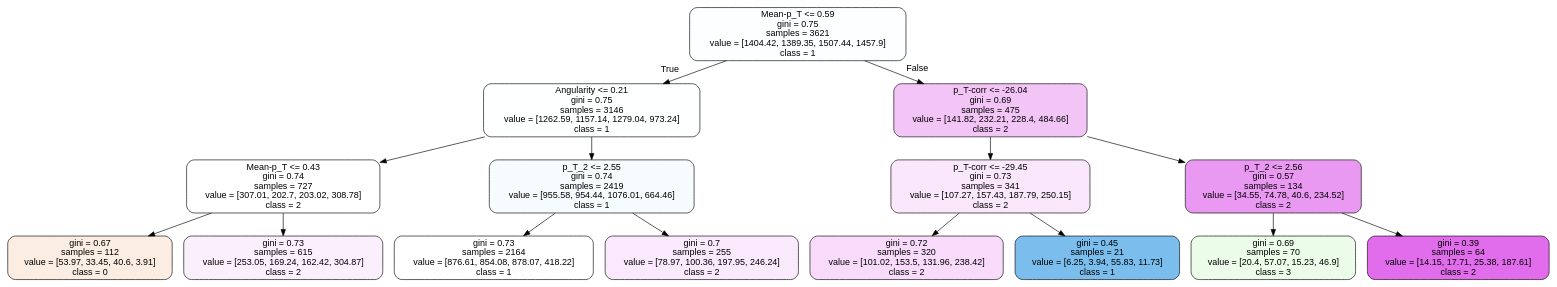
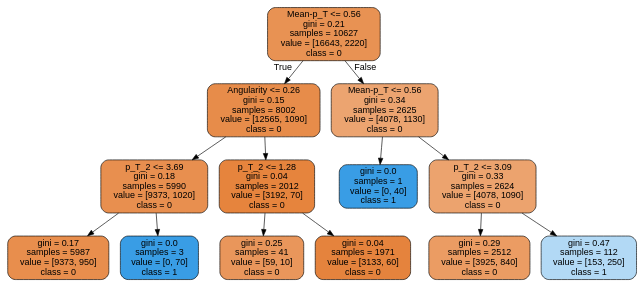
Before and after one commit to Steffanic/ML-Jet-BG-Subtraction: the diagram in Analysis_Code/ML/tree.dot, drawn with Graphviz. The commit also changed 2 other files, not shown here.

```diff
--- a/Analysis_Code/ML/tree.dot
+++ b/Analysis_Code/ML/tree.dot
@@ -1,33 +1,29 @@
 digraph Tree {
 node [shape=box, style="filled, rounded", color="black", fontname=helvetica] ;
 edge [fontname=helvetica] ;
-0 [label="Mean-p_T <= 0.59\ngini = 0.75\nsamples = 3621\nvalue = [1404.42, 1389.35, 1507.44, 1457.9]\nclass = 1", fillcolor="#fdfeff"] ;
-1 [label="Angularity <= 0.21\ngini = 0.75\nsamples = 3146\nvalue = [1262.59, 1157.14, 1279.04, 973.24]\nclass = 1", fillcolor="#feffff"] ;
+0 [label="Mean-p_T <= 0.56\ngini = 0.21\nsamples = 10627\nvalue = [16643, 2220]\nclass = 0", fillcolor="#e89253"] ;
+1 [label="Angularity <= 0.26\ngini = 0.15\nsamples = 8002\nvalue = [12565, 1090]\nclass = 0", fillcolor="#e78c4a"] ;
 0 -> 1 [labeldistance=2.5, labelangle=45, headlabel="True"] ;
-2 [label="Mean-p_T <= 0.43\ngini = 0.74\nsamples = 727\nvalue = [307.01, 202.7, 203.02, 308.78]\nclass = 2", fillcolor="#ffffff"] ;
+2 [label="p_T_2 <= 3.69\ngini = 0.18\nsamples = 5990\nvalue = [9373, 1020]\nclass = 0", fillcolor="#e88f4f"] ;
 1 -> 2 ;
-3 [label="gini = 0.67\nsamples = 112\nvalue = [53.97, 33.45, 40.6, 3.91]\nclass = 0", fillcolor="#fbede2"] ;
+3 [label="gini = 0.17\nsamples = 5987\nvalue = [9373, 950]\nclass = 0", fillcolor="#e88e4d"] ;
 2 -> 3 ;
-4 [label="gini = 0.73\nsamples = 615\nvalue = [253.05, 169.24, 162.42, 304.87]\nclass = 2", fillcolor="#fceffd"] ;
+4 [label="gini = 0.0\nsamples = 3\nvalue = [0, 70]\nclass = 1", fillcolor="#399de5"] ;
 2 -> 4 ;
-5 [label="p_T_2 <= 2.55\ngini = 0.74\nsamples = 2419\nvalue = [955.58, 954.44, 1076.01, 664.46]\nclass = 1", fillcolor="#f6fbfe"] ;
+5 [label="p_T_2 <= 1.28\ngini = 0.04\nsamples = 2012\nvalue = [3192, 70]\nclass = 0", fillcolor="#e6843d"] ;
 1 -> 5 ;
-6 [label="gini = 0.73\nsamples = 2164\nvalue = [876.61, 854.08, 878.07, 418.22]\nclass = 1", fillcolor="#ffffff"] ;
+6 [label="gini = 0.25\nsamples = 41\nvalue = [59, 10]\nclass = 0", fillcolor="#e9965b"] ;
 5 -> 6 ;
-7 [label="gini = 0.7\nsamples = 255\nvalue = [78.97, 100.36, 197.95, 246.24]\nclass = 2", fillcolor="#fae9fc"] ;
+7 [label="gini = 0.04\nsamples = 1971\nvalue = [3133, 60]\nclass = 0", fillcolor="#e5833d"] ;
 5 -> 7 ;
-8 [label="p_T-corr <= -26.04\ngini = 0.69\nsamples = 475\nvalue = [141.82, 232.21, 228.4, 484.66]\nclass = 2", fillcolor="#f3c5f7"] ;
+8 [label="Mean-p_T <= 0.56\ngini = 0.34\nsamples = 2625\nvalue = [4078, 1130]\nclass = 0", fillcolor="#eca470"] ;
 0 -> 8 [labeldistance=2.5, labelangle=-45, headlabel="False"] ;
-9 [label="p_T-corr <= -29.45\ngini = 0.73\nsamples = 341\nvalue = [107.27, 157.43, 187.79, 250.15]\nclass = 2", fillcolor="#fae7fc"] ;
+9 [label="gini = 0.0\nsamples = 1\nvalue = [0, 40]\nclass = 1", fillcolor="#399de5"] ;
 8 -> 9 ;
-10 [label="gini = 0.72\nsamples = 320\nvalue = [101.02, 153.5, 131.96, 238.42]\nclass = 2", fillcolor="#f8dbfa"] ;
-9 -> 10 ;
-11 [label="gini = 0.45\nsamples = 21\nvalue = [6.25, 3.94, 55.83, 11.73]\nclass = 1", fillcolor="#7bbeee"] ;
-9 -> 11 ;
-12 [label="p_T_2 <= 2.56\ngini = 0.57\nsamples = 134\nvalue = [34.55, 74.78, 40.6, 234.52]\nclass = 2", fillcolor="#ea99f2"] ;
-8 -> 12 ;
-13 [label="gini = 0.69\nsamples = 70\nvalue = [20.4, 57.07, 15.23, 46.9]\nclass = 3", fillcolor="#ebfce9"] ;
-12 -> 13 ;
-14 [label="gini = 0.39\nsamples = 64\nvalue = [14.15, 17.71, 25.38, 187.61]\nclass = 2", fillcolor="#e16dec"] ;
-12 -> 14 ;
+10 [label="p_T_2 <= 3.09\ngini = 0.33\nsamples = 2624\nvalue = [4078, 1090]\nclass = 0", fillcolor="#eca36e"] ;
+8 -> 10 ;
+11 [label="gini = 0.29\nsamples = 2512\nvalue = [3925, 840]\nclass = 0", fillcolor="#eb9c63"] ;
+10 -> 11 ;
+12 [label="gini = 0.47\nsamples = 112\nvalue = [153, 250]\nclass = 1", fillcolor="#b2d9f5"] ;
+10 -> 12 ;
 }
```
